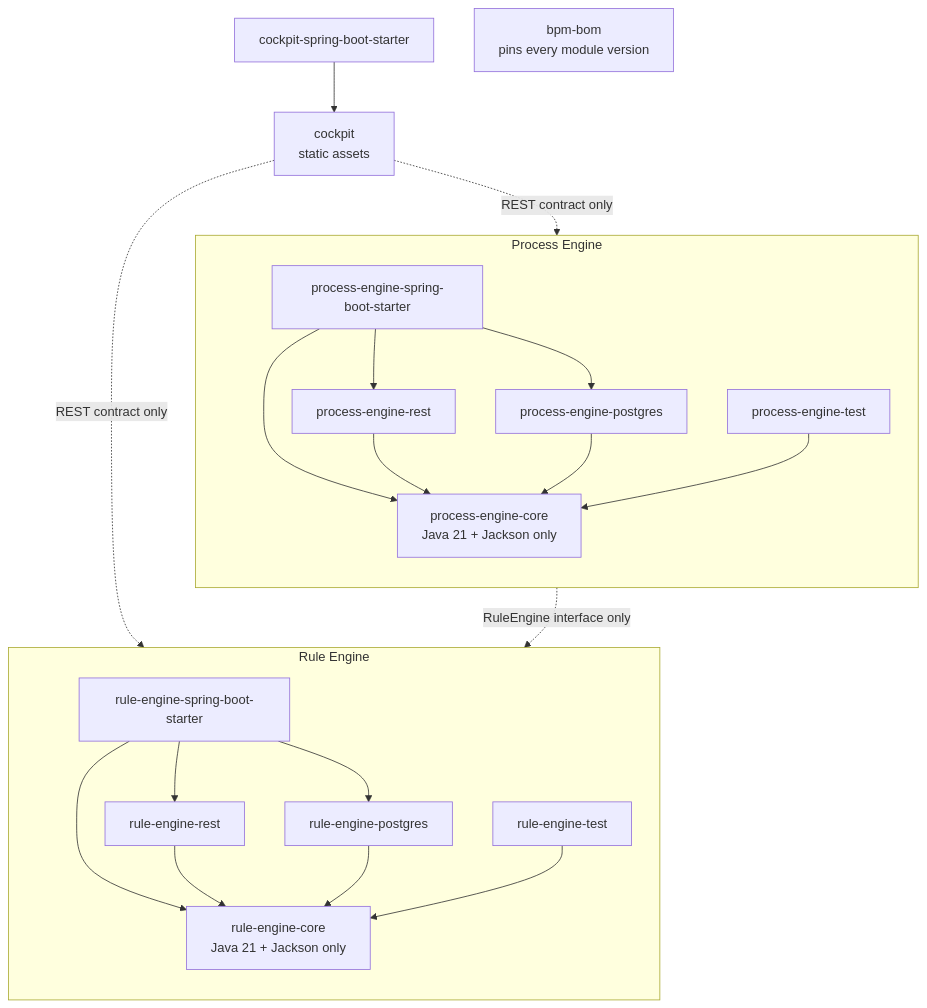
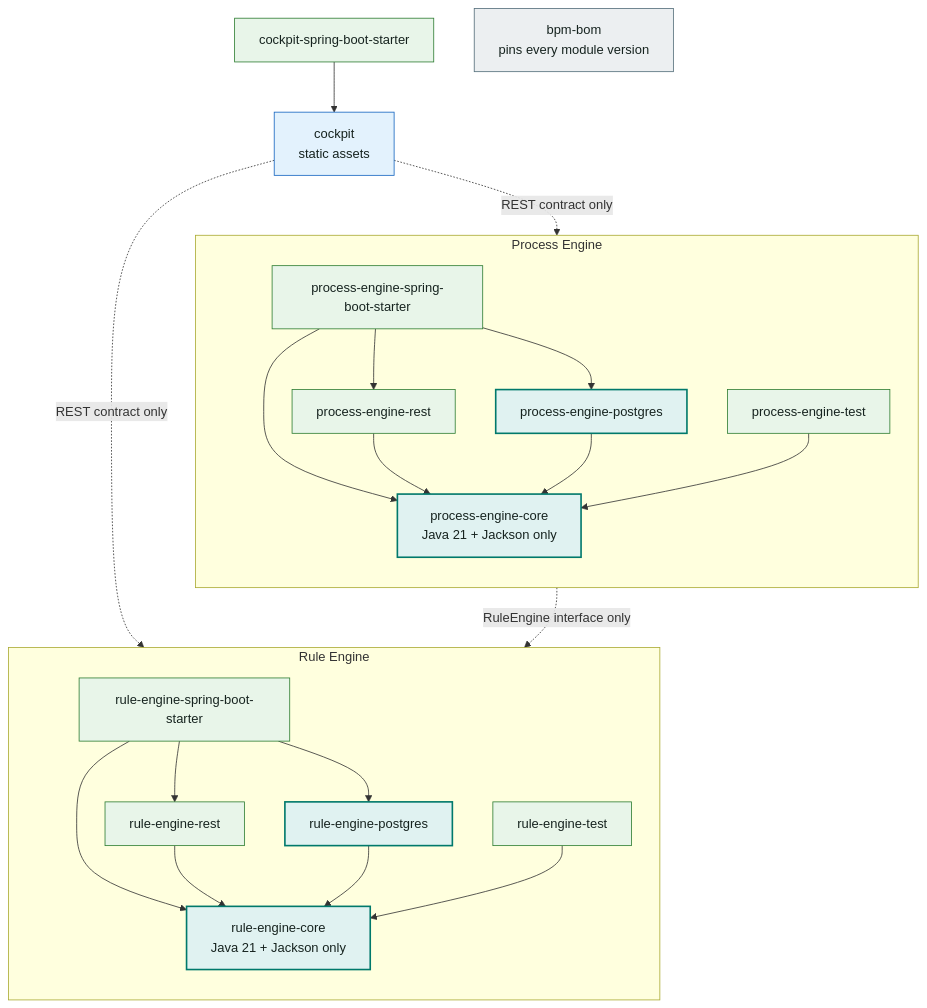
One commit to dhluong90/horus-Agentic-BPM changed the diagram in docs/architecture/diagrams/module-structure.mmd. Above: the diagram before and after it, drawn with Mermaid. The commit also changed 99 other files, not shown here.

First line of the commit message:
docs(wiki): shared diagram palette, 4-zone views, cockpit diagrams and evaluator pages

```diff
--- a/docs/architecture/diagrams/module-structure.mmd
+++ b/docs/architecture/diagrams/module-structure.mmd
@@ -1,34 +1,45 @@
 flowchart TB
   subgraph RuleEngine["Rule Engine"]
     direction TB
     RS["rule-engine-spring-boot-starter"]
     RR["rule-engine-rest"]
     RP["rule-engine-postgres"]
     RT["rule-engine-test"]
     RC["rule-engine-core<br/>Java 21 + Jackson only"]
     RS --> RR
     RS --> RP
     RS --> RC
     RR --> RC
     RP --> RC
     RT --> RC
   end
   subgraph ProcessEngine["Process Engine"]
     direction TB
     PS["process-engine-spring-boot-starter"]
     PR["process-engine-rest"]
     PP["process-engine-postgres"]
     PT["process-engine-test"]
     PC["process-engine-core<br/>Java 21 + Jackson only"]
     PS --> PR
     PS --> PP
     PS --> PC
     PR --> PC
     PP --> PC
     PT --> PC
   end
   PC -.->|"RuleEngine interface only"| RC
   CK["cockpit<br/>static assets"] -.->|"REST contract only"| RR
   CK -.->|"REST contract only"| PR
   CKS["cockpit-spring-boot-starter"] --> CK
   BOM["bpm-bom<br/>pins every module version"]
+
+  classDef client fill:#E3F2FD,stroke:#1565C0,color:#16231F
+  classDef host fill:#E8F5E9,stroke:#2E7D32,color:#16231F
+  classDef engine fill:#E0F2F1,stroke:#00796B,stroke-width:2px,color:#16231F
+  classDef db fill:#FFF8E1,stroke:#F9A825,color:#16231F
+  classDef external fill:#F3E5F5,stroke:#6A1B9A,color:#16231F
+  classDef obs fill:#ECEFF1,stroke:#546E7A,color:#16231F
+  class RC,PC,RP,PP engine
+  class RS,PS,RR,PR,RT,PT,CKS host
+  class CK client
+  class BOM obs
```
